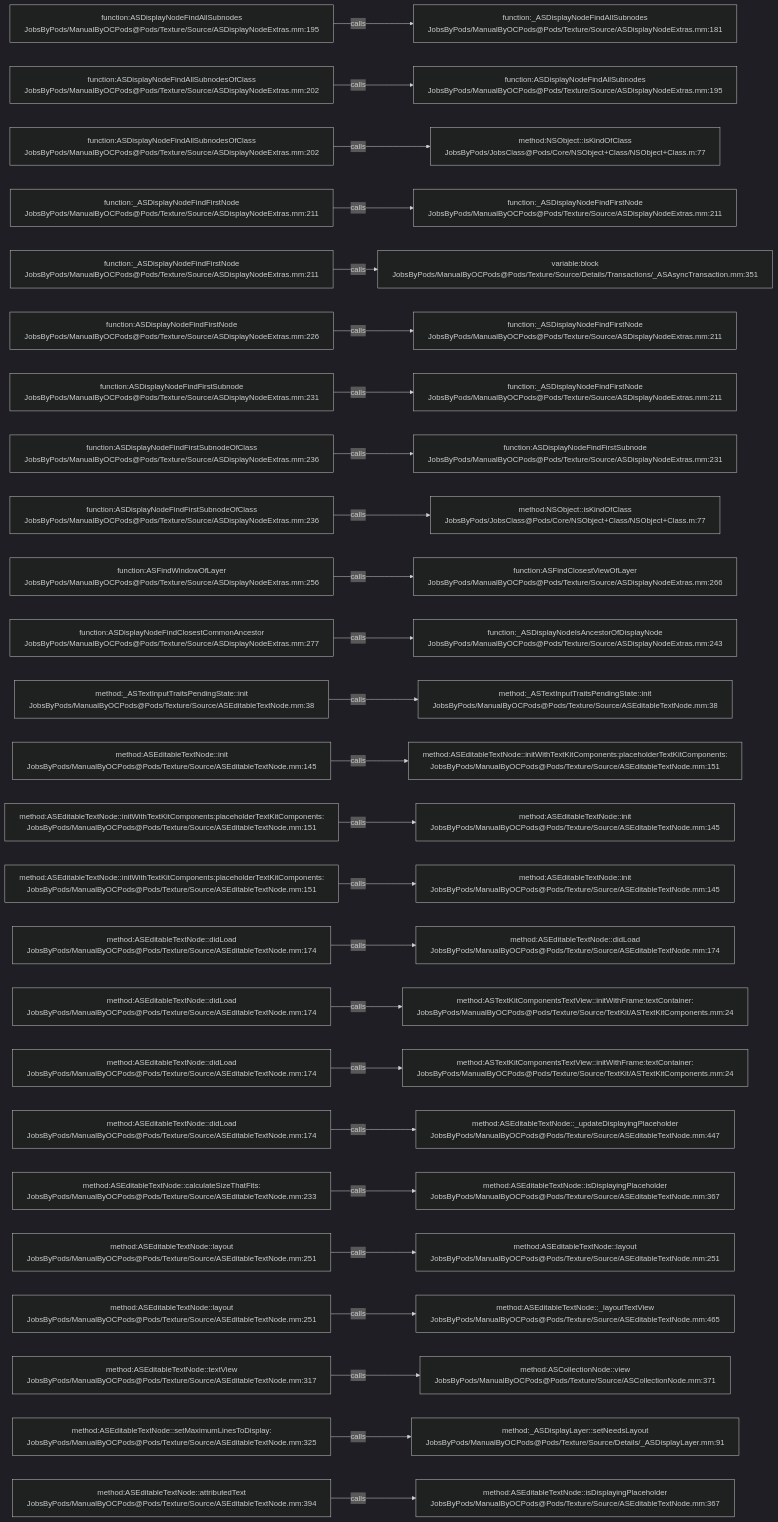
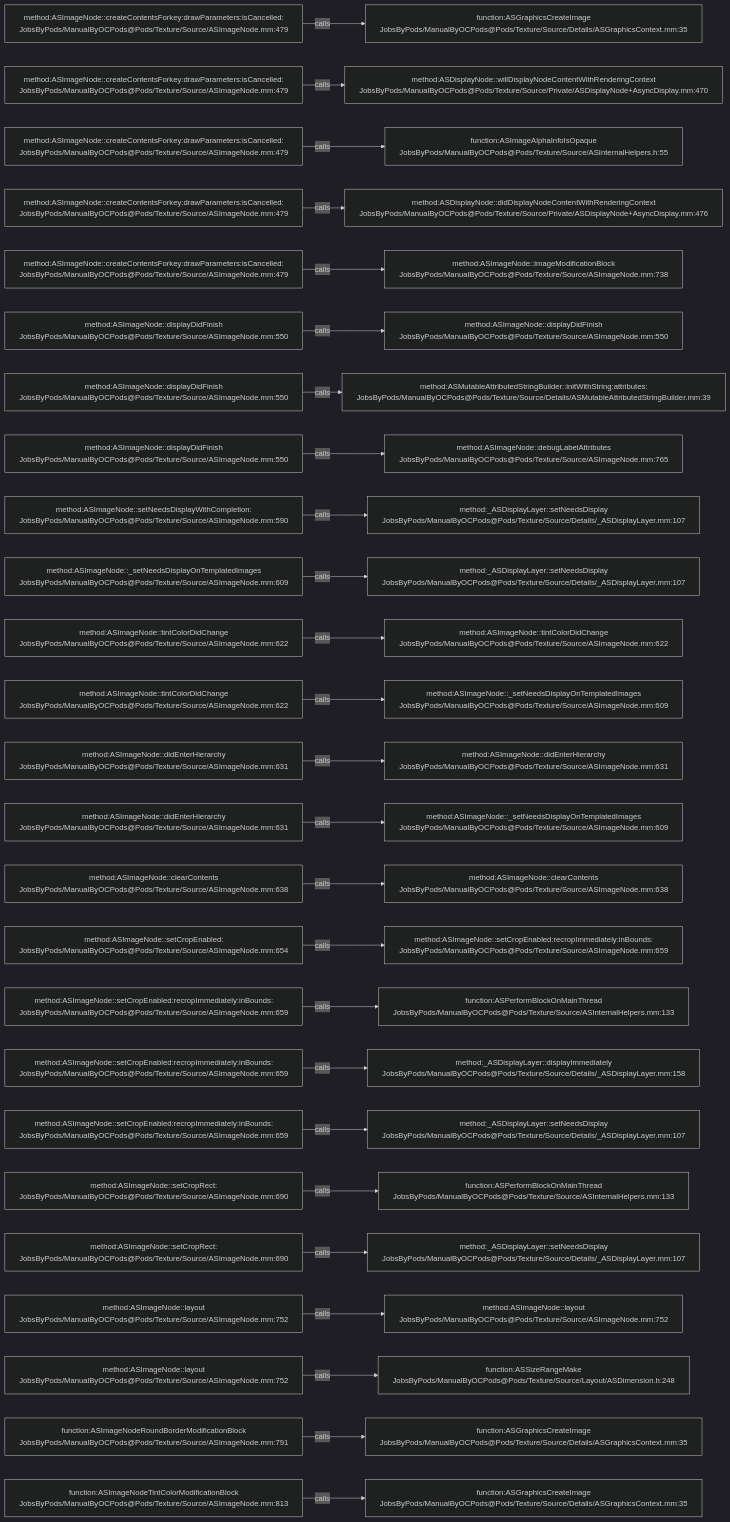
The diagram in .codegraph/codegraph.md/graphs/calls-108.md (JobsKits/JobsOCBaseConfigDemo), drawn with Mermaid (dark theme) before and after one commit. The commit also changed 1353 other files, not shown here.

````diff
--- a/.codegraph/codegraph.md/graphs/calls-108.md
+++ b/.codegraph/codegraph.md/graphs/calls-108.md
@@ -13,78 +13,78 @@
 ```mermaid
 flowchart LR
-  S1["function:ASDisplayNodeFindAllSubnodes<br/>JobsByPods/ManualByOCPods@Pods/Texture/Source/ASDisplayNodeExtras.mm:195"]
-  T1["function:_ASDisplayNodeFindAllSubnodes<br/>JobsByPods/ManualByOCPods@Pods/Texture/Source/ASDisplayNodeExtras.mm:181"]
+  S1["method:ASImageNode::createContentsForkey:drawParameters:isCancelled:<br/>JobsByPods/ManualByOCPods@Pods/Texture/Source/ASImageNode.mm:479"]
+  T1["function:ASGraphicsCreateImage<br/>JobsByPods/ManualByOCPods@Pods/Texture/Source/Details/ASGraphicsContext.mm:35"]
   S1 -->|calls| T1
-  S2["function:ASDisplayNodeFindAllSubnodesOfClass<br/>JobsByPods/ManualByOCPods@Pods/Texture/Source/ASDisplayNodeExtras.mm:202"]
-  T2["function:ASDisplayNodeFindAllSubnodes<br/>JobsByPods/ManualByOCPods@Pods/Texture/Source/ASDisplayNodeExtras.mm:195"]
+  S2["method:ASImageNode::createContentsForkey:drawParameters:isCancelled:<br/>JobsByPods/ManualByOCPods@Pods/Texture/Source/ASImageNode.mm:479"]
+  T2["method:ASDisplayNode::willDisplayNodeContentWithRenderingContext<br/>JobsByPods/ManualByOCPods@Pods/Texture/Source/Private/ASDisplayNode+AsyncDisplay.mm:470"]
   S2 -->|calls| T2
-  S3["function:ASDisplayNodeFindAllSubnodesOfClass<br/>JobsByPods/ManualByOCPods@Pods/Texture/Source/ASDisplayNodeExtras.mm:202"]
-  T3["method:NSObject::isKindOfClass<br/>JobsByPods/JobsClass@Pods/Core/NSObject+Class/NSObject+Class.m:77"]
+  S3["method:ASImageNode::createContentsForkey:drawParameters:isCancelled:<br/>JobsByPods/ManualByOCPods@Pods/Texture/Source/ASImageNode.mm:479"]
+  T3["function:ASImageAlphaInfoIsOpaque<br/>JobsByPods/ManualByOCPods@Pods/Texture/Source/ASInternalHelpers.h:55"]
   S3 -->|calls| T3
-  S4["function:_ASDisplayNodeFindFirstNode<br/>JobsByPods/ManualByOCPods@Pods/Texture/Source/ASDisplayNodeExtras.mm:211"]
-  T4["function:_ASDisplayNodeFindFirstNode<br/>JobsByPods/ManualByOCPods@Pods/Texture/Source/ASDisplayNodeExtras.mm:211"]
+  S4["method:ASImageNode::createContentsForkey:drawParameters:isCancelled:<br/>JobsByPods/ManualByOCPods@Pods/Texture/Source/ASImageNode.mm:479"]
+  T4["method:ASDisplayNode::didDisplayNodeContentWithRenderingContext<br/>JobsByPods/ManualByOCPods@Pods/Texture/Source/Private/ASDisplayNode+AsyncDisplay.mm:476"]
   S4 -->|calls| T4
-  S5["function:_ASDisplayNodeFindFirstNode<br/>JobsByPods/ManualByOCPods@Pods/Texture/Source/ASDisplayNodeExtras.mm:211"]
-  T5["variable:block<br/>JobsByPods/ManualByOCPods@Pods/Texture/Source/Details/Transactions/_ASAsyncTransaction.mm:351"]
+  S5["method:ASImageNode::createContentsForkey:drawParameters:isCancelled:<br/>JobsByPods/ManualByOCPods@Pods/Texture/Source/ASImageNode.mm:479"]
+  T5["method:ASImageNode::imageModificationBlock<br/>JobsByPods/ManualByOCPods@Pods/Texture/Source/ASImageNode.mm:738"]
   S5 -->|calls| T5
-  S6["function:ASDisplayNodeFindFirstNode<br/>JobsByPods/ManualByOCPods@Pods/Texture/Source/ASDisplayNodeExtras.mm:226"]
-  T6["function:_ASDisplayNodeFindFirstNode<br/>JobsByPods/ManualByOCPods@Pods/Texture/Source/ASDisplayNodeExtras.mm:211"]
+  S6["method:ASImageNode::displayDidFinish<br/>JobsByPods/ManualByOCPods@Pods/Texture/Source/ASImageNode.mm:550"]
+  T6["method:ASImageNode::displayDidFinish<br/>JobsByPods/ManualByOCPods@Pods/Texture/Source/ASImageNode.mm:550"]
   S6 -->|calls| T6
-  S7["function:ASDisplayNodeFindFirstSubnode<br/>JobsByPods/ManualByOCPods@Pods/Texture/Source/ASDisplayNodeExtras.mm:231"]
-  T7["function:_ASDisplayNodeFindFirstNode<br/>JobsByPods/ManualByOCPods@Pods/Texture/Source/ASDisplayNodeExtras.mm:211"]
+  S7["method:ASImageNode::displayDidFinish<br/>JobsByPods/ManualByOCPods@Pods/Texture/Source/ASImageNode.mm:550"]
+  T7["method:ASMutableAttributedStringBuilder::initWithString:attributes:<br/>JobsByPods/ManualByOCPods@Pods/Texture/Source/Details/ASMutableAttributedStringBuilder.mm:39"]
   S7 -->|calls| T7
-  S8["function:ASDisplayNodeFindFirstSubnodeOfClass<br/>JobsByPods/ManualByOCPods@Pods/Texture/Source/ASDisplayNodeExtras.mm:236"]
-  T8["function:ASDisplayNodeFindFirstSubnode<br/>JobsByPods/ManualByOCPods@Pods/Texture/Source/ASDisplayNodeExtras.mm:231"]
+  S8["method:ASImageNode::displayDidFinish<br/>JobsByPods/ManualByOCPods@Pods/Texture/Source/ASImageNode.mm:550"]
+  T8["method:ASImageNode::debugLabelAttributes<br/>JobsByPods/ManualByOCPods@Pods/Texture/Source/ASImageNode.mm:765"]
   S8 -->|calls| T8
-  S9["function:ASDisplayNodeFindFirstSubnodeOfClass<br/>JobsByPods/ManualByOCPods@Pods/Texture/Source/ASDisplayNodeExtras.mm:236"]
-  T9["method:NSObject::isKindOfClass<br/>JobsByPods/JobsClass@Pods/Core/NSObject+Class/NSObject+Class.m:77"]
+  S9["method:ASImageNode::setNeedsDisplayWithCompletion:<br/>JobsByPods/ManualByOCPods@Pods/Texture/Source/ASImageNode.mm:590"]
+  T9["method:_ASDisplayLayer::setNeedsDisplay<br/>JobsByPods/ManualByOCPods@Pods/Texture/Source/Details/_ASDisplayLayer.mm:107"]
   S9 -->|calls| T9
-  S10["function:ASFindWindowOfLayer<br/>JobsByPods/ManualByOCPods@Pods/Texture/Source/ASDisplayNodeExtras.mm:256"]
-  T10["function:ASFindClosestViewOfLayer<br/>JobsByPods/ManualByOCPods@Pods/Texture/Source/ASDisplayNodeExtras.mm:266"]
+  S10["method:ASImageNode::_setNeedsDisplayOnTemplatedImages<br/>JobsByPods/ManualByOCPods@Pods/Texture/Source/ASImageNode.mm:609"]
+  T10["method:_ASDisplayLayer::setNeedsDisplay<br/>JobsByPods/ManualByOCPods@Pods/Texture/Source/Details/_ASDisplayLayer.mm:107"]
   S10 -->|calls| T10
-  S11["function:ASDisplayNodeFindClosestCommonAncestor<br/>JobsByPods/ManualByOCPods@Pods/Texture/Source/ASDisplayNodeExtras.mm:277"]
-  T11["function:_ASDisplayNodeIsAncestorOfDisplayNode<br/>JobsByPods/ManualByOCPods@Pods/Texture/Source/ASDisplayNodeExtras.mm:243"]
+  S11["method:ASImageNode::tintColorDidChange<br/>JobsByPods/ManualByOCPods@Pods/Texture/Source/ASImageNode.mm:622"]
+  T11["method:ASImageNode::tintColorDidChange<br/>JobsByPods/ManualByOCPods@Pods/Texture/Source/ASImageNode.mm:622"]
   S11 -->|calls| T11
-  S12["method:_ASTextInputTraitsPendingState::init<br/>JobsByPods/ManualByOCPods@Pods/Texture/Source/ASEditableTextNode.mm:38"]
-  T12["method:_ASTextInputTraitsPendingState::init<br/>JobsByPods/ManualByOCPods@Pods/Texture/Source/ASEditableTextNode.mm:38"]
+  S12["method:ASImageNode::tintColorDidChange<br/>JobsByPods/ManualByOCPods@Pods/Texture/Source/ASImageNode.mm:622"]
+  T12["method:ASImageNode::_setNeedsDisplayOnTemplatedImages<br/>JobsByPods/ManualByOCPods@Pods/Texture/Source/ASImageNode.mm:609"]
   S12 -->|calls| T12
-  S13["method:ASEditableTextNode::init<br/>JobsByPods/ManualByOCPods@Pods/Texture/Source/ASEditableTextNode.mm:145"]
-  T13["method:ASEditableTextNode::initWithTextKitComponents:placeholderTextKitComponents:<br/>JobsByPods/ManualByOCPods@Pods/Texture/Source/ASEditableTextNode.mm:151"]
+  S13["method:ASImageNode::didEnterHierarchy<br/>JobsByPods/ManualByOCPods@Pods/Texture/Source/ASImageNode.mm:631"]
+  T13["method:ASImageNode::didEnterHierarchy<br/>JobsByPods/ManualByOCPods@Pods/Texture/Source/ASImageNode.mm:631"]
   S13 -->|calls| T13
-  S14["method:ASEditableTextNode::initWithTextKitComponents:placeholderTextKitComponents:<br/>JobsByPods/ManualByOCPods@Pods/Texture/Source/ASEditableTextNode.mm:151"]
-  T14["method:ASEditableTextNode::init<br/>JobsByPods/ManualByOCPods@Pods/Texture/Source/ASEditableTextNode.mm:145"]
+  S14["method:ASImageNode::didEnterHierarchy<br/>JobsByPods/ManualByOCPods@Pods/Texture/Source/ASImageNode.mm:631"]
+  T14["method:ASImageNode::_setNeedsDisplayOnTemplatedImages<br/>JobsByPods/ManualByOCPods@Pods/Texture/Source/ASImageNode.mm:609"]
   S14 -->|calls| T14
-  S15["method:ASEditableTextNode::initWithTextKitComponents:placeholderTextKitComponents:<br/>JobsByPods/ManualByOCPods@Pods/Texture/Source/ASEditableTextNode.mm:151"]
-  T15["method:ASEditableTextNode::init<br/>JobsByPods/ManualByOCPods@Pods/Texture/Source/ASEditableTextNode.mm:145"]
+  S15["method:ASImageNode::clearContents<br/>JobsByPods/ManualByOCPods@Pods/Texture/Source/ASImageNode.mm:638"]
+  T15["method:ASImageNode::clearContents<br/>JobsByPods/ManualByOCPods@Pods/Texture/Source/ASImageNode.mm:638"]
   S15 -->|calls| T15
-  S16["method:ASEditableTextNode::didLoad<br/>JobsByPods/ManualByOCPods@Pods/Texture/Source/ASEditableTextNode.mm:174"]
-  T16["method:ASEditableTextNode::didLoad<br/>JobsByPods/ManualByOCPods@Pods/Texture/Source/ASEditableTextNode.mm:174"]
+  S16["method:ASImageNode::setCropEnabled:<br/>JobsByPods/ManualByOCPods@Pods/Texture/Source/ASImageNode.mm:654"]
+  T16["method:ASImageNode::setCropEnabled:recropImmediately:inBounds:<br/>JobsByPods/ManualByOCPods@Pods/Texture/Source/ASImageNode.mm:659"]
   S16 -->|calls| T16
-  S17["method:ASEditableTextNode::didLoad<br/>JobsByPods/ManualByOCPods@Pods/Texture/Source/ASEditableTextNode.mm:174"]
-  T17["method:ASTextKitComponentsTextView::initWithFrame:textContainer:<br/>JobsByPods/ManualByOCPods@Pods/Texture/Source/TextKit/ASTextKitComponents.mm:24"]
+  S17["method:ASImageNode::setCropEnabled:recropImmediately:inBounds:<br/>JobsByPods/ManualByOCPods@Pods/Texture/Source/ASImageNode.mm:659"]
+  T17["function:ASPerformBlockOnMainThread<br/>JobsByPods/ManualByOCPods@Pods/Texture/Source/ASInternalHelpers.mm:133"]
   S17 -->|calls| T17
-  S18["method:ASEditableTextNode::didLoad<br/>JobsByPods/ManualByOCPods@Pods/Texture/Source/ASEditableTextNode.mm:174"]
-  T18["method:ASTextKitComponentsTextView::initWithFrame:textContainer:<br/>JobsByPods/ManualByOCPods@Pods/Texture/Source/TextKit/ASTextKitComponents.mm:24"]
+  S18["method:ASImageNode::setCropEnabled:recropImmediately:inBounds:<br/>JobsByPods/ManualByOCPods@Pods/Texture/Source/ASImageNode.mm:659"]
+  T18["method:_ASDisplayLayer::displayImmediately<br/>JobsByPods/ManualByOCPods@Pods/Texture/Source/Details/_ASDisplayLayer.mm:158"]
   S18 -->|calls| T18
-  S19["method:ASEditableTextNode::didLoad<br/>JobsByPods/ManualByOCPods@Pods/Texture/Source/ASEditableTextNode.mm:174"]
-  T19["method:ASEditableTextNode::_updateDisplayingPlaceholder<br/>JobsByPods/ManualByOCPods@Pods/Texture/Source/ASEditableTextNode.mm:447"]
+  S19["method:ASImageNode::setCropEnabled:recropImmediately:inBounds:<br/>JobsByPods/ManualByOCPods@Pods/Texture/Source/ASImageNode.mm:659"]
+  T19["method:_ASDisplayLayer::setNeedsDisplay<br/>JobsByPods/ManualByOCPods@Pods/Texture/Source/Details/_ASDisplayLayer.mm:107"]
   S19 -->|calls| T19
-  S20["method:ASEditableTextNode::calculateSizeThatFits:<br/>JobsByPods/ManualByOCPods@Pods/Texture/Source/ASEditableTextNode.mm:233"]
-  T20["method:ASEditableTextNode::isDisplayingPlaceholder<br/>JobsByPods/ManualByOCPods@Pods/Texture/Source/ASEditableTextNode.mm:367"]
+  S20["method:ASImageNode::setCropRect:<br/>JobsByPods/ManualByOCPods@Pods/Texture/Source/ASImageNode.mm:690"]
+  T20["function:ASPerformBlockOnMainThread<br/>JobsByPods/ManualByOCPods@Pods/Texture/Source/ASInternalHelpers.mm:133"]
   S20 -->|calls| T20
-  S21["method:ASEditableTextNode::layout<br/>JobsByPods/ManualByOCPods@Pods/Texture/Source/ASEditableTextNode.mm:251"]
-  T21["method:ASEditableTextNode::layout<br/>JobsByPods/ManualByOCPods@Pods/Texture/Source/ASEditableTextNode.mm:251"]
+  S21["method:ASImageNode::setCropRect:<br/>JobsByPods/ManualByOCPods@Pods/Texture/Source/ASImageNode.mm:690"]
+  T21["method:_ASDisplayLayer::setNeedsDisplay<br/>JobsByPods/ManualByOCPods@Pods/Texture/Source/Details/_ASDisplayLayer.mm:107"]
   S21 -->|calls| T21
-  S22["method:ASEditableTextNode::layout<br/>JobsByPods/ManualByOCPods@Pods/Texture/Source/ASEditableTextNode.mm:251"]
-  T22["method:ASEditableTextNode::_layoutTextView<br/>JobsByPods/ManualByOCPods@Pods/Texture/Source/ASEditableTextNode.mm:465"]
+  S22["method:ASImageNode::layout<br/>JobsByPods/ManualByOCPods@Pods/Texture/Source/ASImageNode.mm:752"]
+  T22["method:ASImageNode::layout<br/>JobsByPods/ManualByOCPods@Pods/Texture/Source/ASImageNode.mm:752"]
   S22 -->|calls| T22
-  S23["method:ASEditableTextNode::textView<br/>JobsByPods/ManualByOCPods@Pods/Texture/Source/ASEditableTextNode.mm:317"]
-  T23["method:ASCollectionNode::view<br/>JobsByPods/ManualByOCPods@Pods/Texture/Source/ASCollectionNode.mm:371"]
+  S23["method:ASImageNode::layout<br/>JobsByPods/ManualByOCPods@Pods/Texture/Source/ASImageNode.mm:752"]
+  T23["function:ASSizeRangeMake<br/>JobsByPods/ManualByOCPods@Pods/Texture/Source/Layout/ASDimension.h:248"]
   S23 -->|calls| T23
-  S24["method:ASEditableTextNode::setMaximumLinesToDisplay:<br/>JobsByPods/ManualByOCPods@Pods/Texture/Source/ASEditableTextNode.mm:325"]
-  T24["method:_ASDisplayLayer::setNeedsLayout<br/>JobsByPods/ManualByOCPods@Pods/Texture/Source/Details/_ASDisplayLayer.mm:91"]
+  S24["function:ASImageNodeRoundBorderModificationBlock<br/>JobsByPods/ManualByOCPods@Pods/Texture/Source/ASImageNode.mm:791"]
+  T24["function:ASGraphicsCreateImage<br/>JobsByPods/ManualByOCPods@Pods/Texture/Source/Details/ASGraphicsContext.mm:35"]
   S24 -->|calls| T24
-  S25["method:ASEditableTextNode::attributedText<br/>JobsByPods/ManualByOCPods@Pods/Texture/Source/ASEditableTextNode.mm:394"]
-  T25["method:ASEditableTextNode::isDisplayingPlaceholder<br/>JobsByPods/ManualByOCPods@Pods/Texture/Source/ASEditableTextNode.mm:367"]
+  S25["function:ASImageNodeTintColorModificationBlock<br/>JobsByPods/ManualByOCPods@Pods/Texture/Source/ASImageNode.mm:813"]
+  T25["function:ASGraphicsCreateImage<br/>JobsByPods/ManualByOCPods@Pods/Texture/Source/Details/ASGraphicsContext.mm:35"]
   S25 -->|calls| T25
 ```
````
